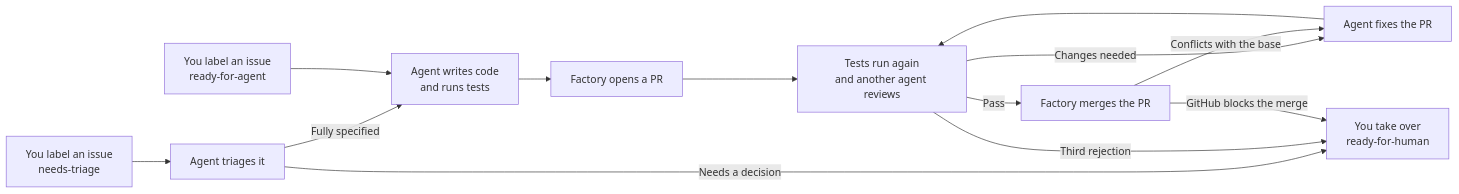
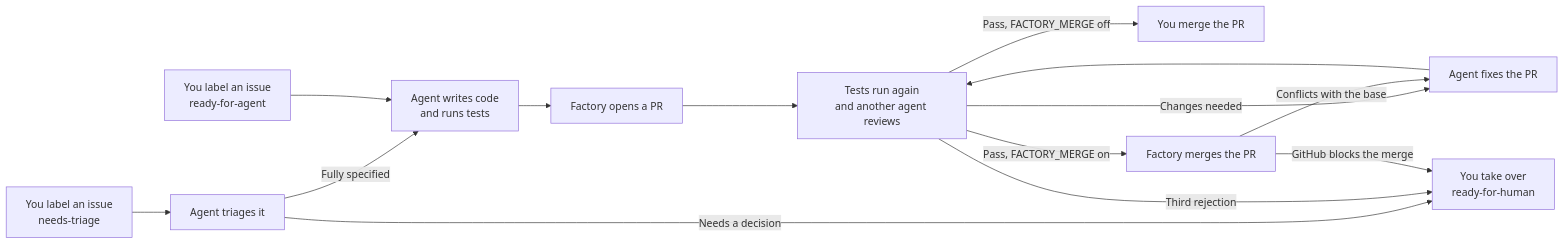
One commit to jonbaldie/software-factory changed the diagram in README.md. Above: the diagram before and after it, drawn with Mermaid. The commit also changed other lines of this file and 5 other files, not shown here.

First line of the commit message:
Make the factory's merge opt-in with FACTORY_MERGE (#16)

````diff
--- a/README.md
+++ b/README.md
@@ -15,15 +15,16 @@
 ```mermaid
 flowchart LR
   triage["You label an issue<br/>needs-triage"] --> triager["Agent triages it"]
   triager -->|Fully specified| implement
   triager -->|Needs a decision| human
   issue["You label an issue<br/>ready-for-agent"] --> implement["Agent writes code<br/>and runs tests"]
   implement --> pr["Factory opens a PR"]
   pr --> review["Tests run again<br/>and another agent reviews"]
-  review -->|Pass| merge["Factory merges the PR"]
+  review -->|Pass, FACTORY_MERGE off| you["You merge the PR"]
+  review -->|Pass, FACTORY_MERGE on| merge["Factory merges the PR"]
   review -->|Changes needed| fix["Agent fixes the PR"]
   fix --> review
   review -->|Third rejection| human["You take over<br/>ready-for-human"]
   merge -->|Conflicts with the base| fix
   merge -->|GitHub blocks the merge| human
 ```
````
